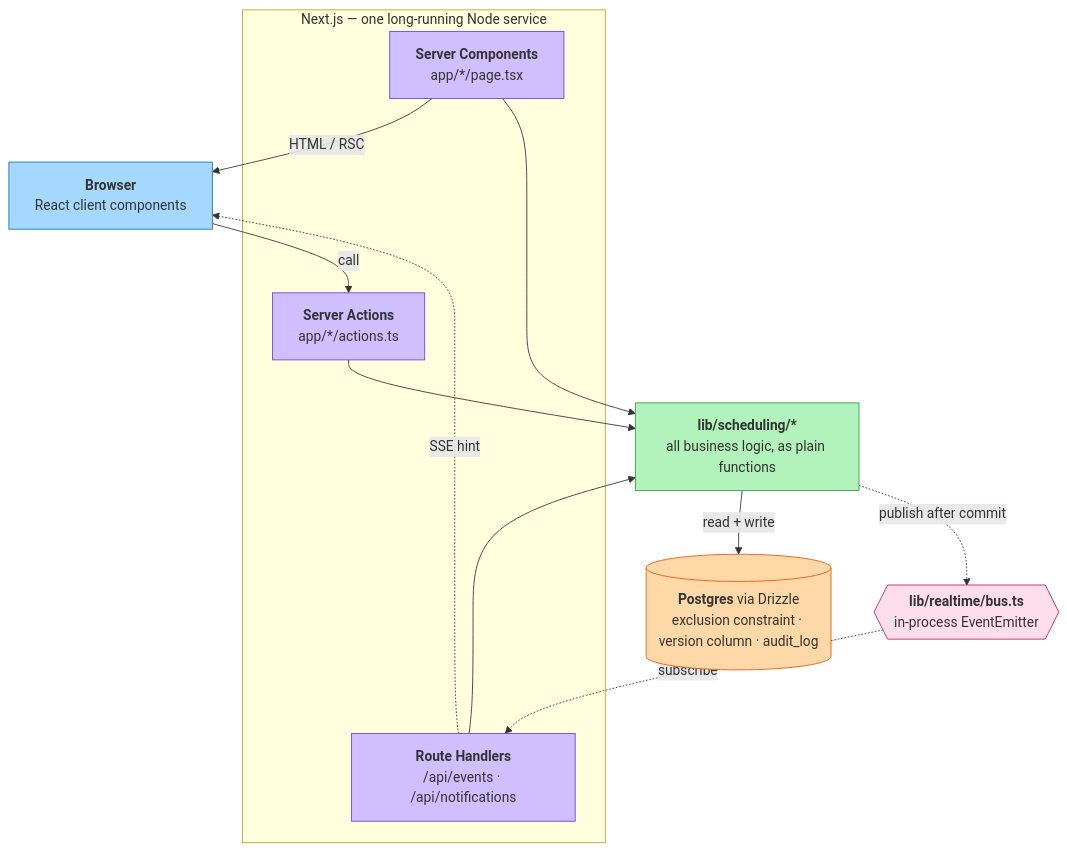
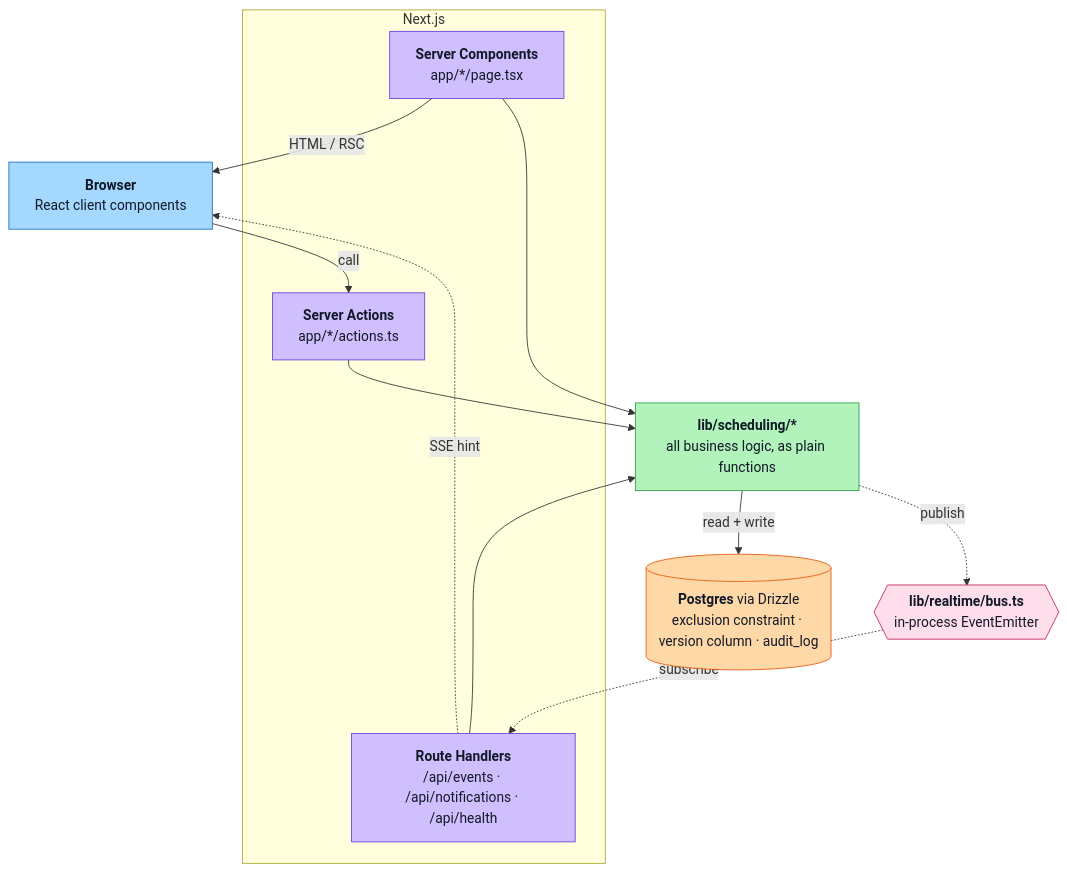
One commit to AbogeJr/aj-shiftsync changed the diagram in docs/architecture.md. Above: the diagram before and after it, drawn with Mermaid. The commit also changed other lines of this file and 19 other files, not shown here.

````diff
--- a/docs/architecture.md
+++ b/docs/architecture.md
@@ -8,36 +5,36 @@
 ```mermaid
 flowchart TB
     browser["<b>Browser</b><br/>React client components"]
 
-    subgraph nextjs["Next.js — one long-running Node service"]
+    subgraph nextjs["Next.js"]
         actions["<b>Server Actions</b><br/>app/*/actions.ts"]
         pages["<b>Server Components</b><br/>app/*/page.tsx"]
-        routes["<b>Route Handlers</b><br/>/api/events · /api/notifications"]
+        routes["<b>Route Handlers</b><br/>/api/events · /api/notifications · /api/health"]
     end
 
     service["<b>lib/scheduling/*</b><br/>all business logic, as plain functions"]
     pg[("<b>Postgres</b> via Drizzle<br/>exclusion constraint · version column · audit_log")]
     bus{{"<b>lib/realtime/bus.ts</b><br/>in-process EventEmitter"}}
 
     browser -- call --> actions
     pages -- "HTML / RSC" --> browser
     routes -. "SSE hint" .-> browser
 
     actions --> service
     pages --> service
     routes --> service
     service -- "read + write" --> pg
-    service -. "publish after commit" .-> bus
+    service -. publish .-> bus
     bus -. subscribe .-> routes
 
-    classDef client fill:#a5d8ff,stroke:#1971c2
-    classDef app    fill:#d0bfff,stroke:#6741d9
-    classDef logic  fill:#b2f2bb,stroke:#2f9e44
-    classDef data   fill:#ffd8a8,stroke:#e8590c
-    classDef live   fill:#ffdeeb,stroke:#c2255c
+    classDef client fill:#a5d8ff,stroke:#1971c2,color:#111827
+    classDef app    fill:#d0bfff,stroke:#6741d9,color:#111827
+    classDef logic  fill:#b2f2bb,stroke:#2f9e44,color:#111827
+    classDef data   fill:#ffd8a8,stroke:#e8590c,color:#111827
+    classDef live   fill:#ffdeeb,stroke:#c2255c,color:#111827
     class browser client
     class actions,pages,routes app
     class service logic
     class pg data
     class bus live
 ```
````
